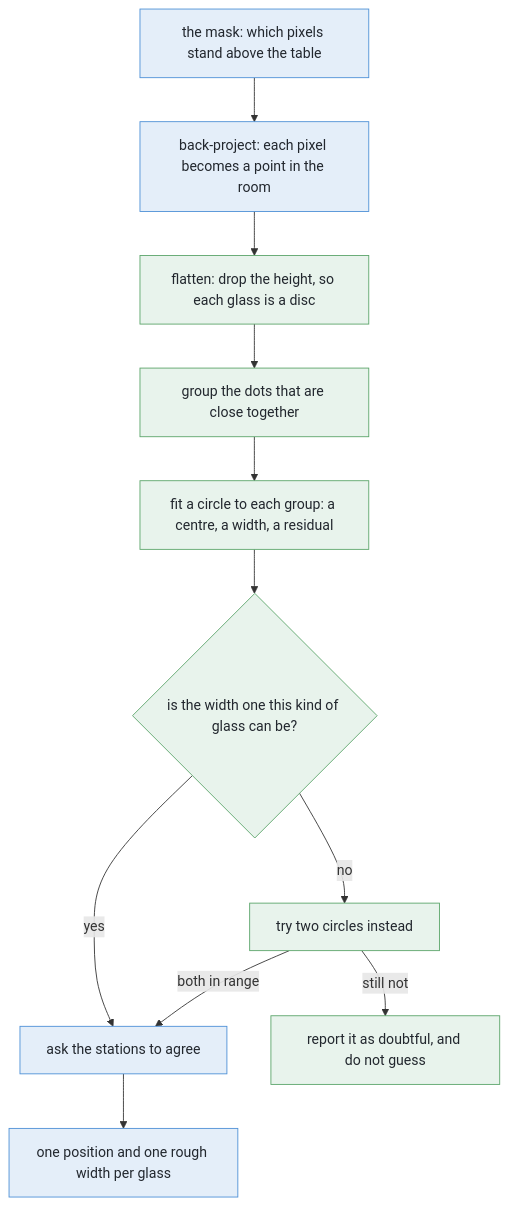
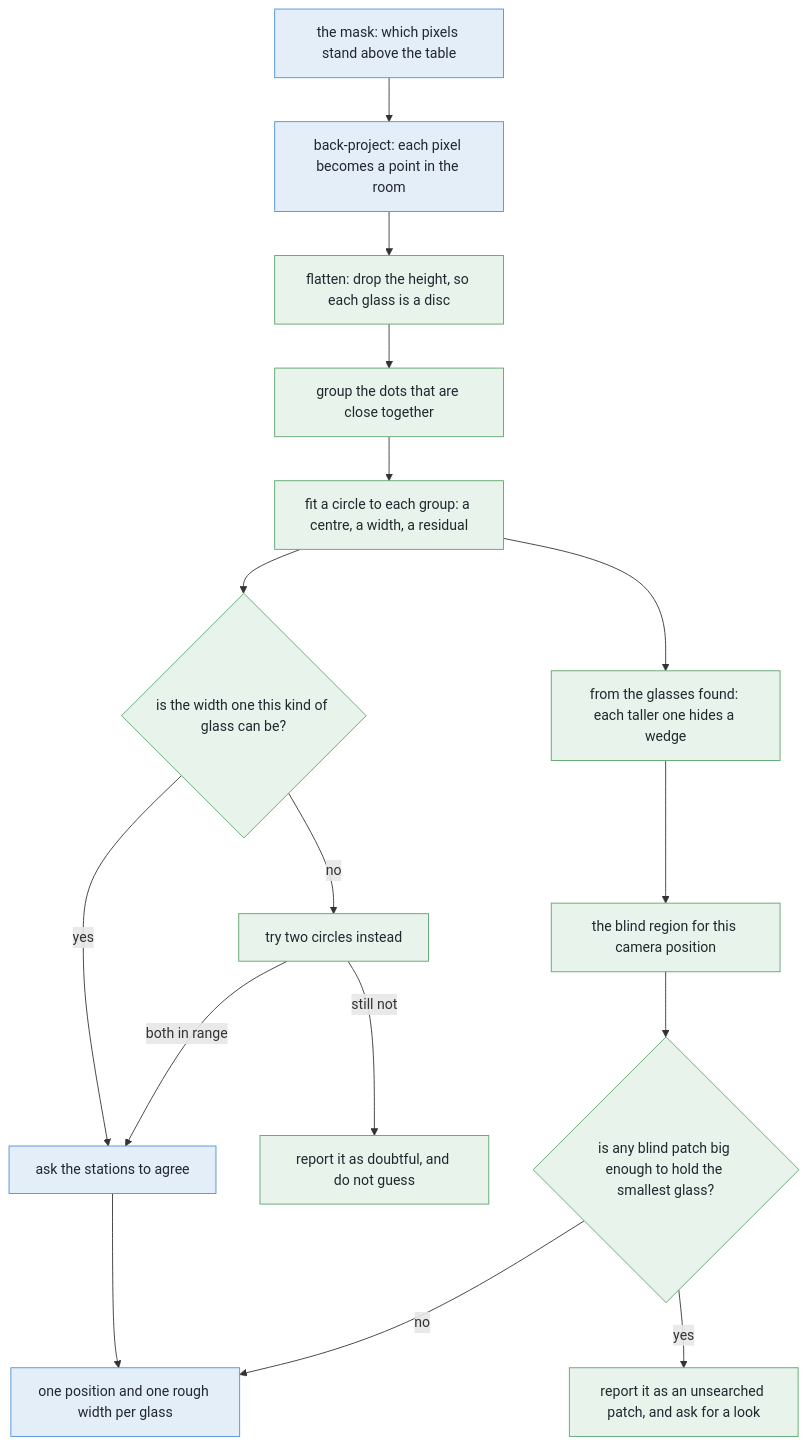
The diagram in v5-pick-glasses/docs/problem-2/solutions/02-cluster-on-the-table.md (RobinNagpal/robot-arm-projects), drawn with Mermaid before and after one commit. The commit also changed other lines of this file, not shown here.

````diff
--- a/v5-pick-glasses/docs/problem-2/solutions/02-cluster-on-the-table.md
+++ b/v5-pick-glasses/docs/problem-2/solutions/02-cluster-on-the-table.md
@@ -393,23 +587,32 @@
 ```mermaid
 flowchart TD
     M["the mask: which pixels stand above the table"] --> BP["back-project: each pixel becomes a point in the room"]
     BP --> FL["flatten: drop the height, so each glass is a disc"]
     FL --> CL["group the dots that are close together"]
     CL --> FIT["fit a circle to each group: a centre, a width, a residual"]
     FIT --> CHK{"is the width one this kind of glass can be?"}
     CHK -- yes --> MG["ask the stations to agree"]
     CHK -- no --> SP["try two circles instead"]
     SP -- "both in range" --> MG
     SP -- "still not" --> DB["report it as doubtful, and do not guess"]
     MG --> RP["one position and one rough width per glass"]
+    FIT --> SH["from the glasses found: each taller one hides a wedge"]
+    SH --> BL["the blind region for this camera position"]
+    BL --> PAT{"is any blind patch big enough to hold the smallest glass?"}
+    PAT -- no --> RP
+    PAT -- yes --> SUS["report it as an unsearched patch, and ask for a look"]
     style M fill:#e4eef9,stroke:#4c8fd6,color:#22272e
     style BP fill:#e4eef9,stroke:#4c8fd6,color:#22272e
     style MG fill:#e4eef9,stroke:#4c8fd6,color:#22272e
     style RP fill:#e4eef9,stroke:#4c8fd6,color:#22272e
     style FL fill:#e8f3ec,stroke:#5aa469,color:#22272e
     style CL fill:#e8f3ec,stroke:#5aa469,color:#22272e
     style FIT fill:#e8f3ec,stroke:#5aa469,color:#22272e
     style CHK fill:#e8f3ec,stroke:#5aa469,color:#22272e
     style SP fill:#e8f3ec,stroke:#5aa469,color:#22272e
     style DB fill:#e8f3ec,stroke:#5aa469,color:#22272e
+    style SH fill:#e8f3ec,stroke:#5aa469,color:#22272e
+    style BL fill:#e8f3ec,stroke:#5aa469,color:#22272e
+    style PAT fill:#e8f3ec,stroke:#5aa469,color:#22272e
+    style SUS fill:#e8f3ec,stroke:#5aa469,color:#22272e
 ```
````
